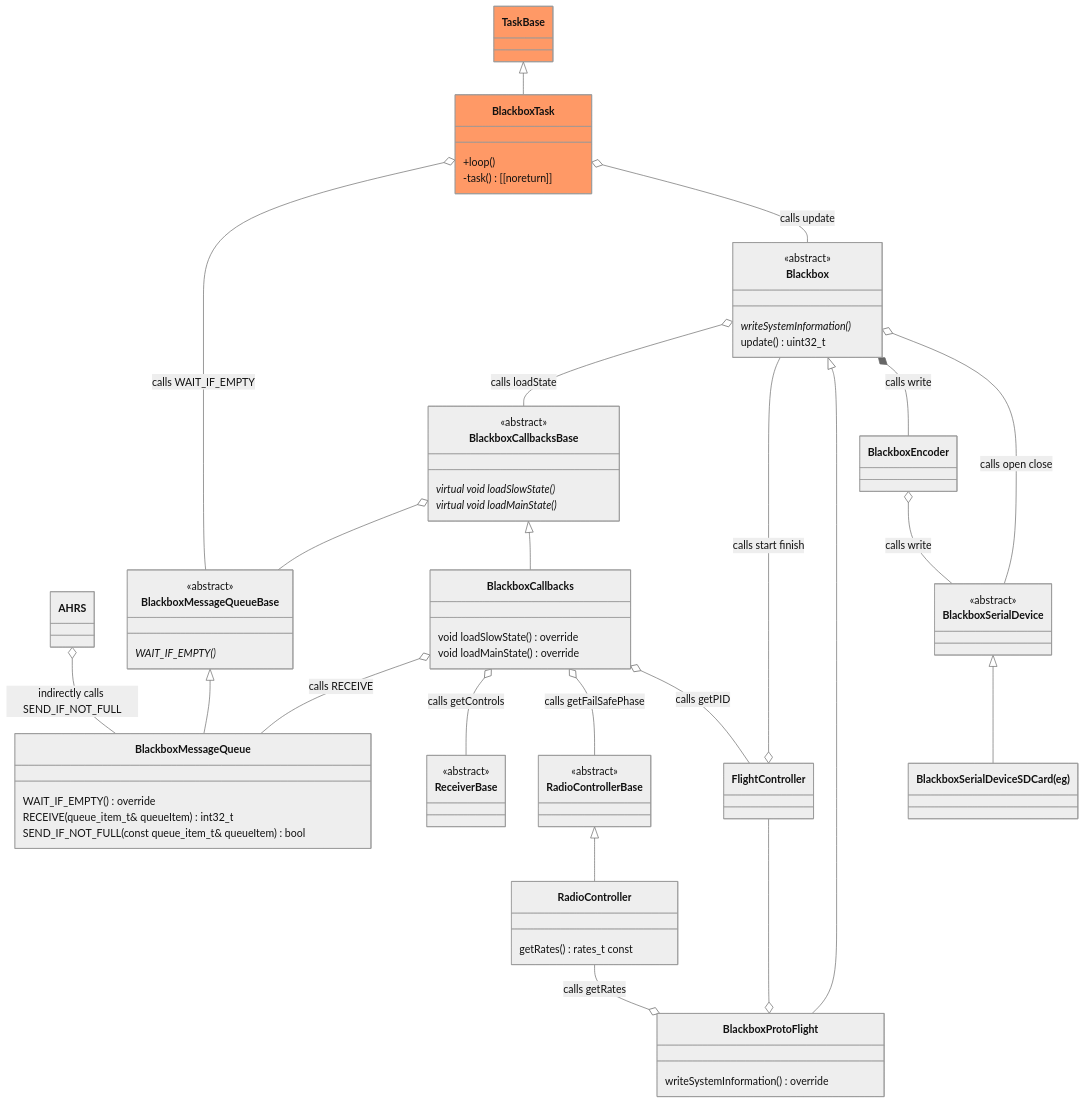
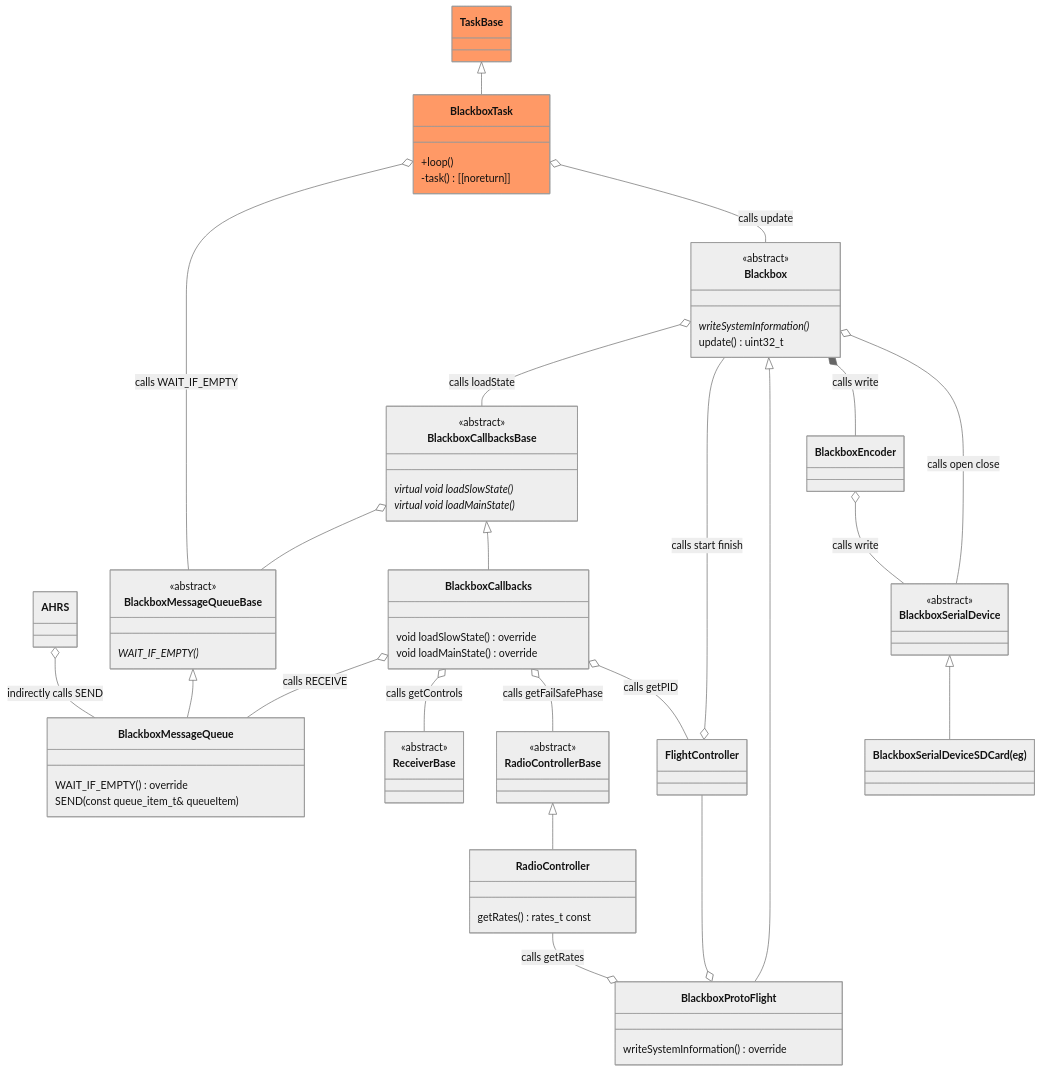
The third of 5 diagrams in README.md (martinbudden/Protoflight), drawn with Mermaid (neutral theme) before and after one commit. The commit also changed other lines of this file and 8 other files, not shown here.

```diff
--- a/README.md
+++ b/README.md
@@ -648,11 +644,10 @@
     link BlackboxMessageQueueBase "https://github.com/martinbudden/Library-Blackbox/blob/main/src/BlackboxMessageQueueBase.h"
     class BlackboxMessageQueue {
         WAIT_IF_EMPTY() override
-        RECEIVE(queue_item_t& queueItem) int32_t
-        SEND_IF_NOT_FULL(const queue_item_t& queueItem) bool
+        SEND(const queue_item_t& queueItem)
     }
     link BlackboxMessageQueue "https://github.com/martinbudden/protoflight/blob/main/lib/Blackbox/src/BlackboxMessageQueue.h"
-    AHRS o-- BlackboxMessageQueue : indirectly calls SEND_IF_NOT_FULL
+    AHRS o-- BlackboxMessageQueue : indirectly calls SEND
     class RadioControllerBase {
         <<abstract>>
     }
```
